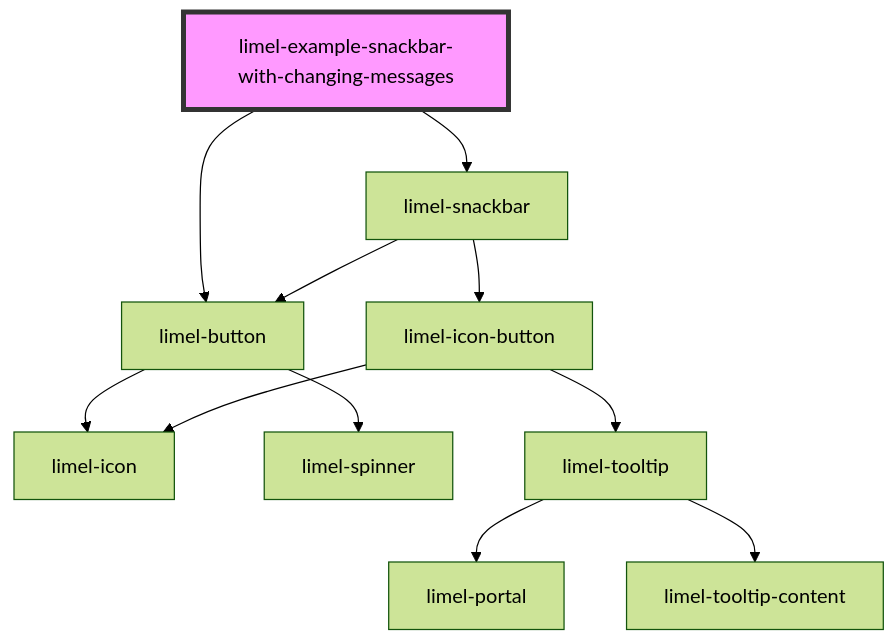
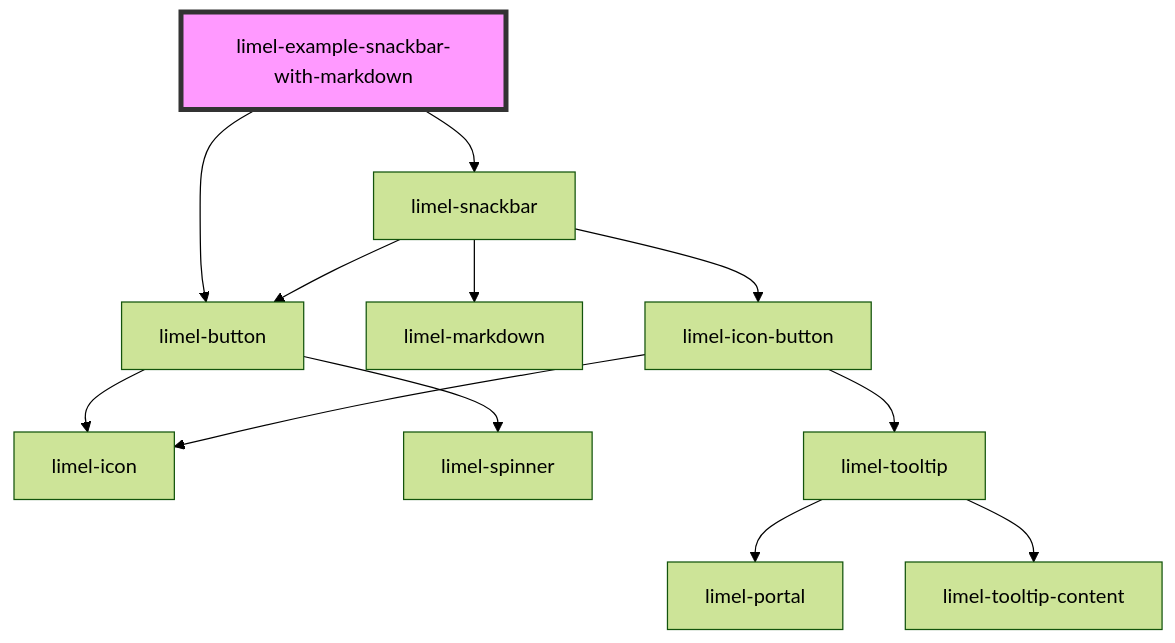
Before and after one commit to Lundalogik/lime-elements: the diagram in versions/PR-4041/markdown-docs/components/snackbar/examples/readme.md, drawn with Mermaid (forest theme). The commit also changed other lines of this file and 12 other files, not shown here.

````diff
--- a/versions/PR-4041/markdown-docs/components/snackbar/examples/readme.md
+++ b/versions/PR-4041/markdown-docs/components/snackbar/examples/readme.md
@@ -17,14 +45,15 @@
 ```mermaid
 graph TD;
-  limel-example-snackbar-with-changing-messages --> limel-button
-  limel-example-snackbar-with-changing-messages --> limel-snackbar
+  limel-example-snackbar-with-markdown --> limel-button
+  limel-example-snackbar-with-markdown --> limel-snackbar
   limel-button --> limel-icon
   limel-button --> limel-spinner
+  limel-snackbar --> limel-markdown
   limel-snackbar --> limel-button
   limel-snackbar --> limel-icon-button
   limel-icon-button --> limel-icon
   limel-icon-button --> limel-tooltip
   limel-tooltip --> limel-portal
   limel-tooltip --> limel-tooltip-content
-  style limel-example-snackbar-with-changing-messages fill:#f9f,stroke:#333,stroke-width:4px
+  style limel-example-snackbar-with-markdown fill:#f9f,stroke:#333,stroke-width:4px
 ```
````
